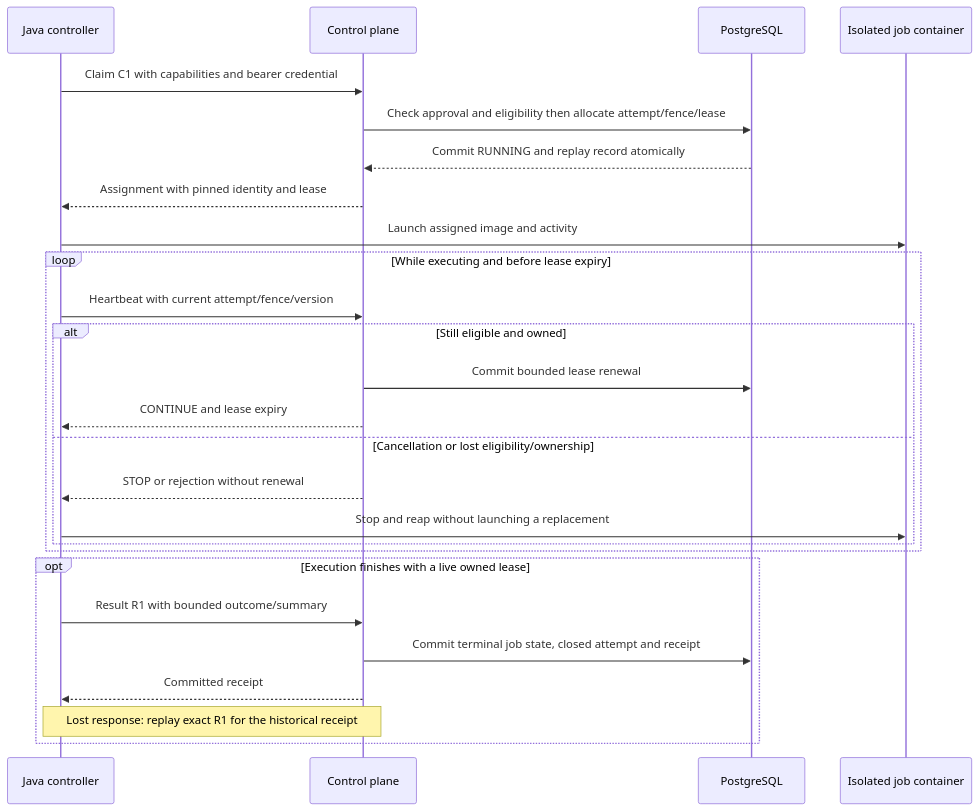
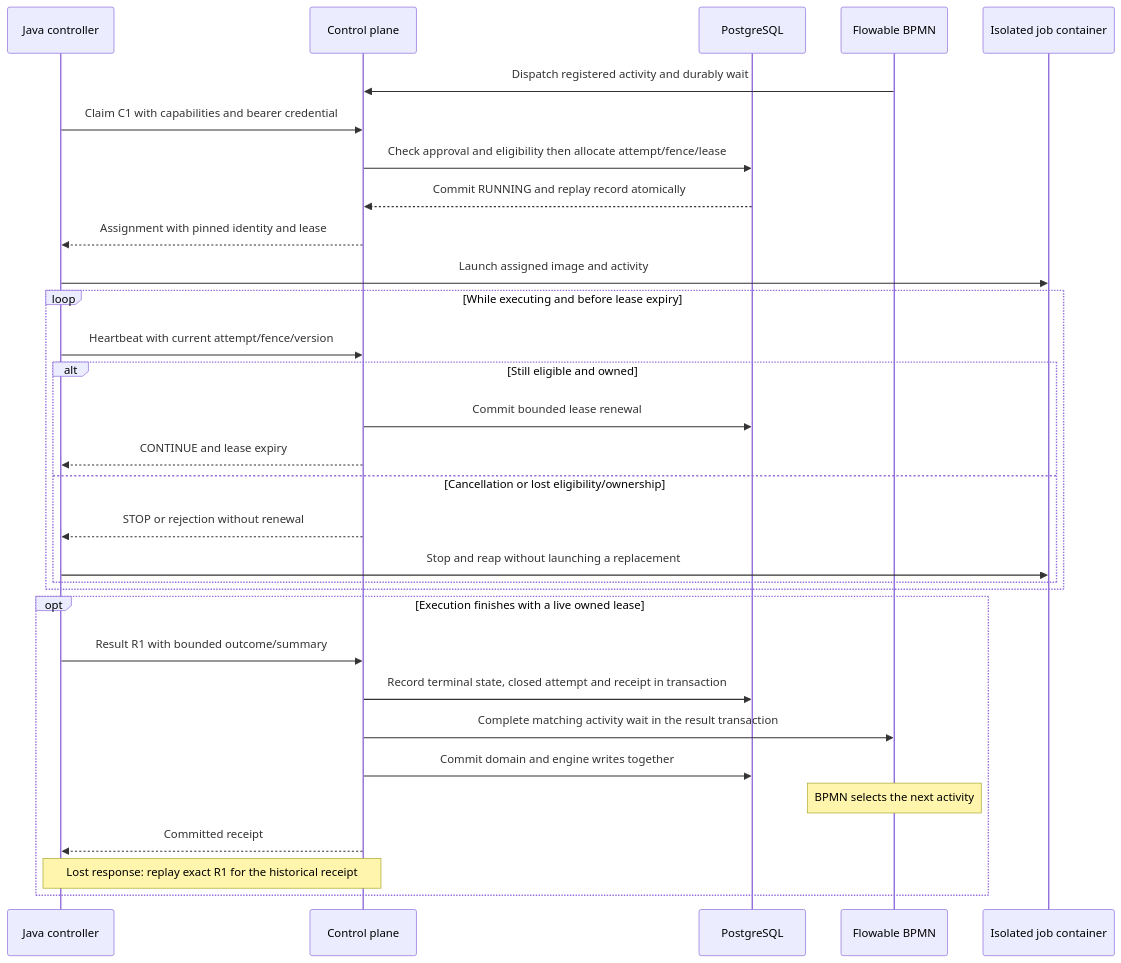
The first of 2 diagrams in docs/requirements/worker-protocol.md (skizzay/forgeflow), drawn with Mermaid before and after one commit. The commit also changed other lines of this file and 4 other files, not shown here.

Commit message:
Connect worker contract to Flowable and provider boundaries (#77)

````diff
--- a/docs/requirements/worker-protocol.md
+++ b/docs/requirements/worker-protocol.md
@@ -17,28 +38,33 @@
 ```mermaid
 sequenceDiagram
     participant W as Java controller
     participant O as Control plane
     participant D as PostgreSQL
+    participant F as Flowable BPMN
     participant J as Isolated job container
+    F->>O: Dispatch registered activity and durably wait
     W->>O: Claim C1 with capabilities and bearer credential
     O->>D: Check approval and eligibility then allocate attempt/fence/lease
     D-->>O: Commit RUNNING and replay record atomically
     O-->>W: Assignment with pinned identity and lease
     W->>J: Launch assigned image and activity
     loop While executing and before lease expiry
         W->>O: Heartbeat with current attempt/fence/version
         alt Still eligible and owned
             O->>D: Commit bounded lease renewal
             O-->>W: CONTINUE and lease expiry
         else Cancellation or lost eligibility/ownership
             O-->>W: STOP or rejection without renewal
             W->>J: Stop and reap without launching a replacement
         end
     end
     opt Execution finishes with a live owned lease
         W->>O: Result R1 with bounded outcome/summary
-        O->>D: Commit terminal job state, closed attempt and receipt
+        O->>D: Record terminal state, closed attempt and receipt in transaction
+        O->>F: Complete matching activity wait in the result transaction
+        O->>D: Commit domain and engine writes together
+        Note over F: BPMN selects the next activity
         O-->>W: Committed receipt
         Note over W,O: Lost response: replay exact R1 for the historical receipt
     end
 ```
````
